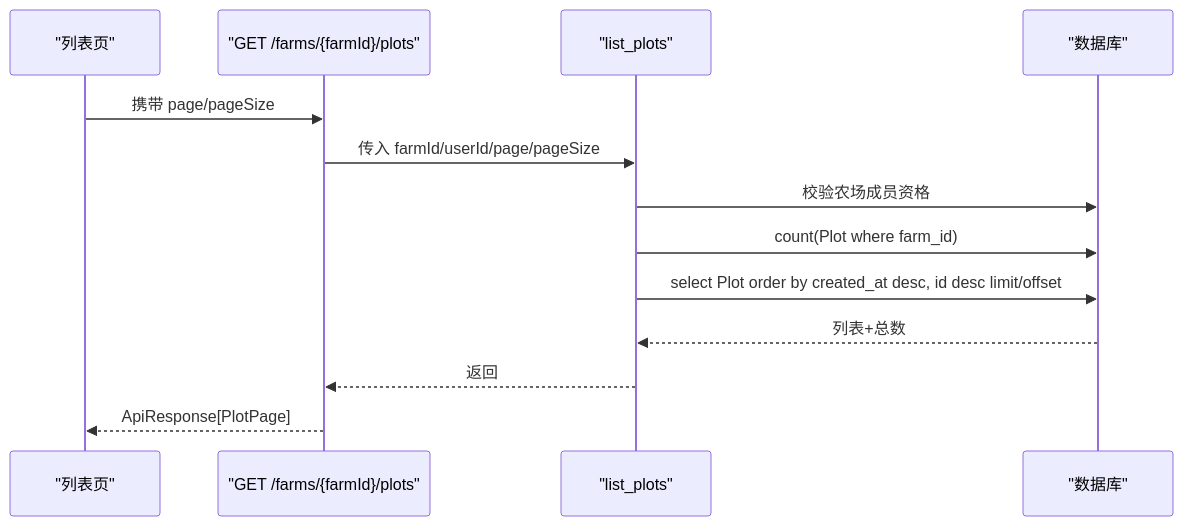
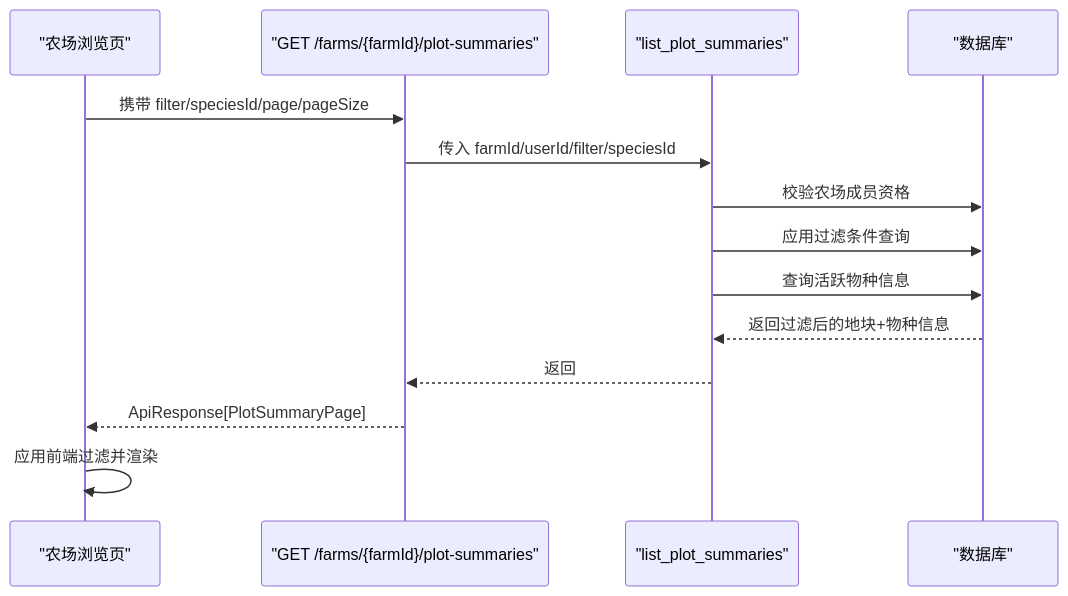
The fifth of 10 diagrams in .qoder/repowiki/zh/content/前端应用/地块管理模块.md (wungjyan/pocket-farm), drawn with Mermaid before and after one commit. The commit also changed other lines of this file and 198 other files, not shown here.

````diff
--- a/.qoder/repowiki/zh/content/前端应用/地块管理模块.md
+++ b/.qoder/repowiki/zh/content/前端应用/地块管理模块.md
@@ -216,15 +280,16 @@
 ```mermaid
 sequenceDiagram
-participant FE as "列表页"
-participant API as "GET /farms/{farmId}/plots"
-participant SVC as "list_plots"
+participant FE as "农场浏览页"
+participant API as "GET /farms/{farmId}/plot-summaries"
+participant SVC as "list_plot_summaries"
 participant DB as "数据库"
-FE->>API : 携带 page/pageSize
-API->>SVC : 传入 farmId/userId/page/pageSize
+FE->>API : 携带 filter/speciesId/page/pageSize
+API->>SVC : 传入 farmId/userId/filter/speciesId
 SVC->>DB : 校验农场成员资格
-SVC->>DB : count(Plot where farm_id)
-SVC->>DB : select Plot order by created_at desc, id desc limit/offset
-DB-->>SVC : 列表+总数
+SVC->>DB : 应用过滤条件查询
+SVC->>DB : 查询活跃物种信息
+DB-->>SVC : 返回过滤后的地块+物种信息
 SVC-->>API : 返回
-API-->>FE : ApiResponse[PlotPage]
+API-->>FE : ApiResponse[PlotSummaryPage]
+FE->>FE : 应用前端过滤并渲染
 ```
````
